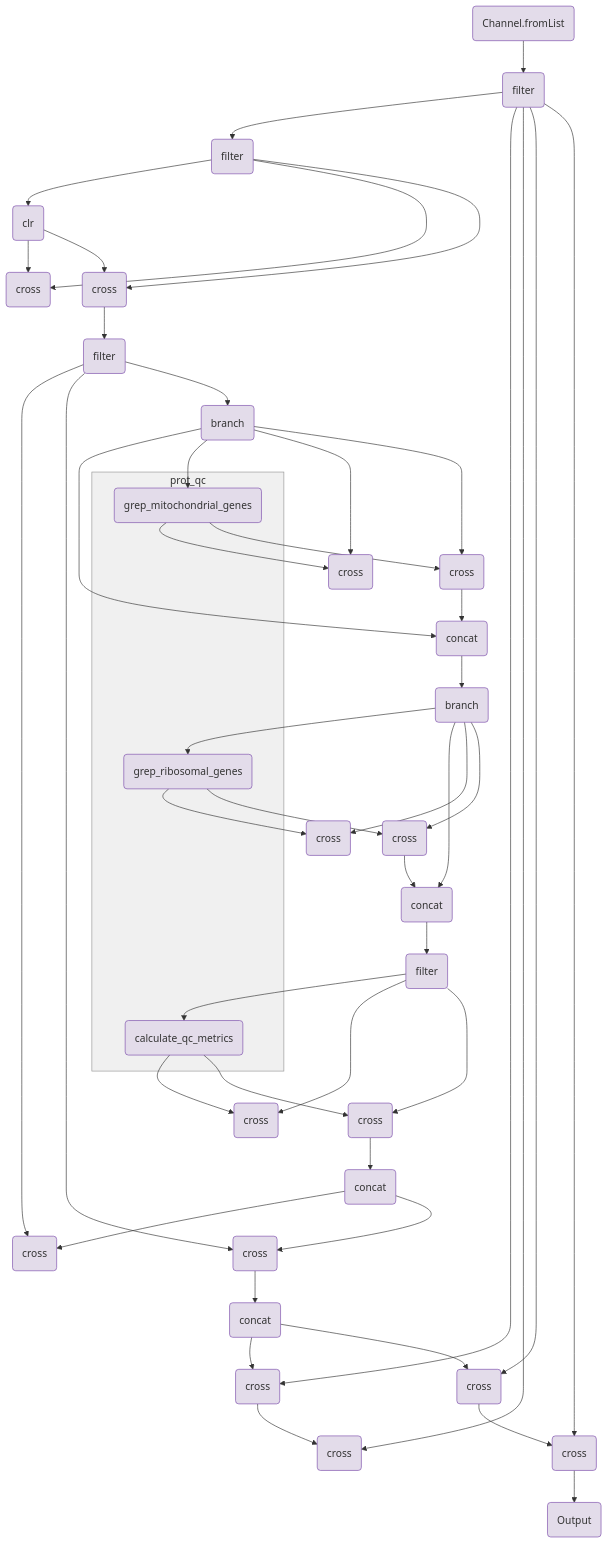
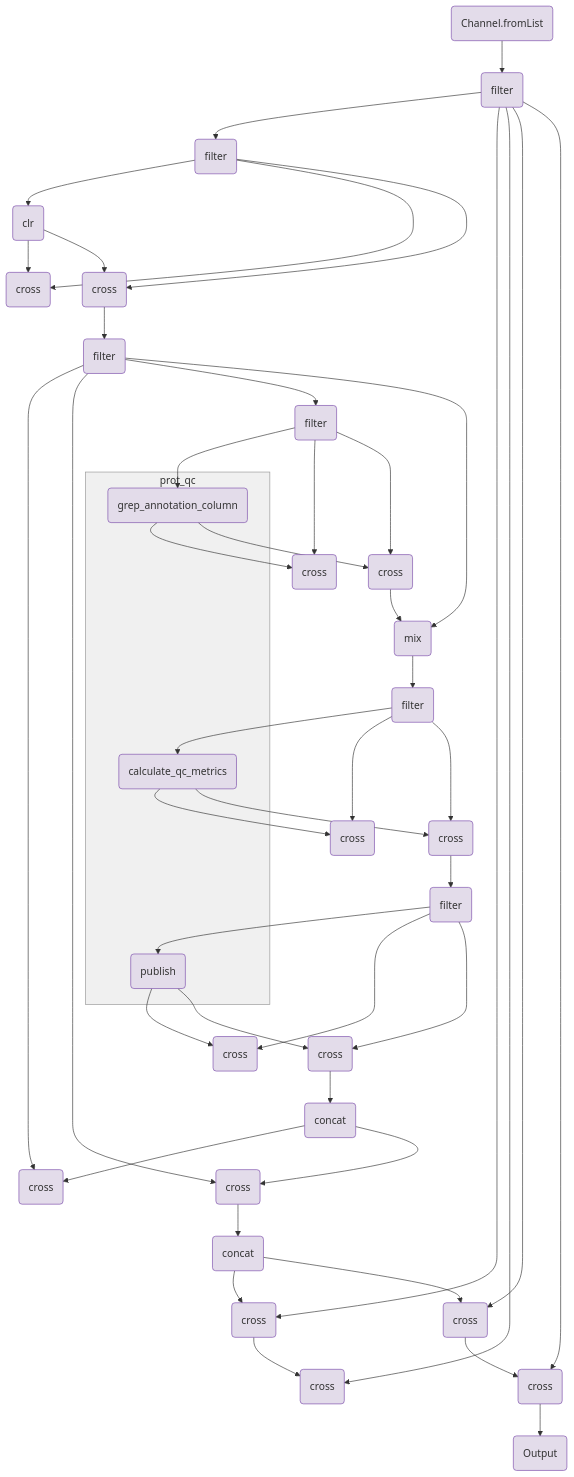
Before and after one commit to openpipelines-bio/website: the diagram in components/workflows/prot/prot_multisample.qmd, drawn with Mermaid. The commit also changed other lines of this file and 145 other files, not shown here.

````diff
--- a/components/workflows/prot/prot_multisample.qmd
+++ b/components/workflows/prot/prot_multisample.qmd
@@ -135,76 +135,73 @@
     v25(cross)
     v35(cross)
     v41(filter)
-    v164(concat)
-    v53(branch)
-    v80(concat)
-    v65(cross)
-    v75(cross)
-    v84(branch)
-    v111(concat)
-    v96(cross)
-    v106(cross)
-    v112(filter)
-    v142(concat)
-    v127(cross)
-    v137(cross)
-    v149(cross)
-    v159(cross)
-    v171(cross)
-    v178(cross)
-    v190(cross)
-    v197(cross)
-    v201(Output)
+    v167(concat)
+    v51(filter)
+    v66(cross)
+    v76(cross)
+    v83(mix)
+    v84(filter)
+    v99(cross)
+    v109(cross)
+    v115(filter)
+    v145(concat)
+    v130(cross)
+    v140(cross)
+    v152(cross)
+    v162(cross)
+    v174(cross)
+    v181(cross)
+    v193(cross)
+    v200(cross)
+    v204(Output)
     subgraph group_prot_qc [prot_qc]
-        v58(grep_mitochondrial_genes)
-        v89(grep_ribosomal_genes)
-        v120(calculate_qc_metrics)
+        v59(grep_annotation_column)
+        v92(calculate_qc_metrics)
+        v123(publish)
     end
-    v53-->v80
-    v84-->v111
-    v111-->v112
+    v83-->v84
     v0-->v2
     v2-->v10
     v10-->v18
     v18-->v25
     v10-->v25
     v10-->v35
-    v53-->v58
-    v58-->v65
-    v53-->v65
-    v53-->v75
-    v75-->v80
-    v84-->v89
-    v89-->v96
-    v84-->v96
-    v84-->v106
-    v106-->v111
-    v112-->v120
-    v120-->v127
-    v112-->v127
-    v112-->v137
-    v137-->v142
-    v142-->v149
-    v41-->v149
-    v41-->v159
-    v159-->v164
-    v164-->v171
-    v2-->v171
-    v171-->v178
-    v2-->v178
-    v2-->v190
-    v190-->v197
-    v2-->v197
-    v197-->v201
+    v51-->v59
+    v59-->v66
+    v51-->v66
+    v51-->v76
+    v84-->v92
+    v92-->v99
+    v84-->v99
+    v84-->v109
+    v115-->v123
+    v123-->v130
+    v115-->v130
+    v115-->v140
+    v140-->v145
+    v145-->v152
+    v41-->v152
+    v41-->v162
+    v162-->v167
+    v167-->v174
+    v2-->v174
+    v174-->v181
+    v2-->v181
+    v2-->v193
+    v193-->v200
+    v2-->v200
+    v200-->v204
     v35-->v41
     v18-->v35
-    v41-->v53
-    v58-->v75
-    v80-->v84
-    v89-->v106
-    v120-->v137
-    v142-->v159
-    v164-->v190
+    v41-->v51
+    v76-->v83
+    v59-->v76
+    v41-->v83
+    v109-->v115
+    v92-->v109
+    v123-->v140
+    v145-->v162
+    v167-->v193
     style group_prot_qc fill:#F0F0F0,stroke:#969696;
     style v0 fill:#e3dcea,stroke:#7a4baa;
     style v2 fill:#e3dcea,stroke:#7a4baa;
@@ -213,28 +210,27 @@
     style v25 fill:#e3dcea,stroke:#7a4baa;
     style v35 fill:#e3dcea,stroke:#7a4baa;
     style v41 fill:#e3dcea,stroke:#7a4baa;
-    style v164 fill:#e3dcea,stroke:#7a4baa;
-    style v53 fill:#e3dcea,stroke:#7a4baa;
-    style v80 fill:#e3dcea,stroke:#7a4baa;
-    style v58 fill:#e3dcea,stroke:#7a4baa;
-    style v65 fill:#e3dcea,stroke:#7a4baa;
-    style v75 fill:#e3dcea,stroke:#7a4baa;
+    style v167 fill:#e3dcea,stroke:#7a4baa;
+    style v51 fill:#e3dcea,stroke:#7a4baa;
+    style v59 fill:#e3dcea,stroke:#7a4baa;
+    style v66 fill:#e3dcea,stroke:#7a4baa;
+    style v76 fill:#e3dcea,stroke:#7a4baa;
+    style v83 fill:#e3dcea,stroke:#7a4baa;
     style v84 fill:#e3dcea,stroke:#7a4baa;
-    style v111 fill:#e3dcea,stroke:#7a4baa;
-    style v89 fill:#e3dcea,stroke:#7a4baa;
-    style v96 fill:#e3dcea,stroke:#7a4baa;
-    style v106 fill:#e3dcea,stroke:#7a4baa;
-    style v112 fill:#e3dcea,stroke:#7a4baa;
-    style v142 fill:#e3dcea,stroke:#7a4baa;
-    style v120 fill:#e3dcea,stroke:#7a4baa;
-    style v127 fill:#e3dcea,stroke:#7a4baa;
-    style v137 fill:#e3dcea,stroke:#7a4baa;
-    style v149 fill:#e3dcea,stroke:#7a4baa;
-    style v159 fill:#e3dcea,stroke:#7a4baa;
-    style v171 fill:#e3dcea,stroke:#7a4baa;
-    style v178 fill:#e3dcea,stroke:#7a4baa;
-    style v190 fill:#e3dcea,stroke:#7a4baa;
-    style v197 fill:#e3dcea,stroke:#7a4baa;
-    style v201 fill:#e3dcea,stroke:#7a4baa;
+    style v92 fill:#e3dcea,stroke:#7a4baa;
+    style v99 fill:#e3dcea,stroke:#7a4baa;
+    style v109 fill:#e3dcea,stroke:#7a4baa;
+    style v115 fill:#e3dcea,stroke:#7a4baa;
+    style v145 fill:#e3dcea,stroke:#7a4baa;
+    style v123 fill:#e3dcea,stroke:#7a4baa;
+    style v130 fill:#e3dcea,stroke:#7a4baa;
+    style v140 fill:#e3dcea,stroke:#7a4baa;
+    style v152 fill:#e3dcea,stroke:#7a4baa;
+    style v162 fill:#e3dcea,stroke:#7a4baa;
+    style v174 fill:#e3dcea,stroke:#7a4baa;
+    style v181 fill:#e3dcea,stroke:#7a4baa;
+    style v193 fill:#e3dcea,stroke:#7a4baa;
+    style v200 fill:#e3dcea,stroke:#7a4baa;
+    style v204 fill:#e3dcea,stroke:#7a4baa;
 
 ```
````
